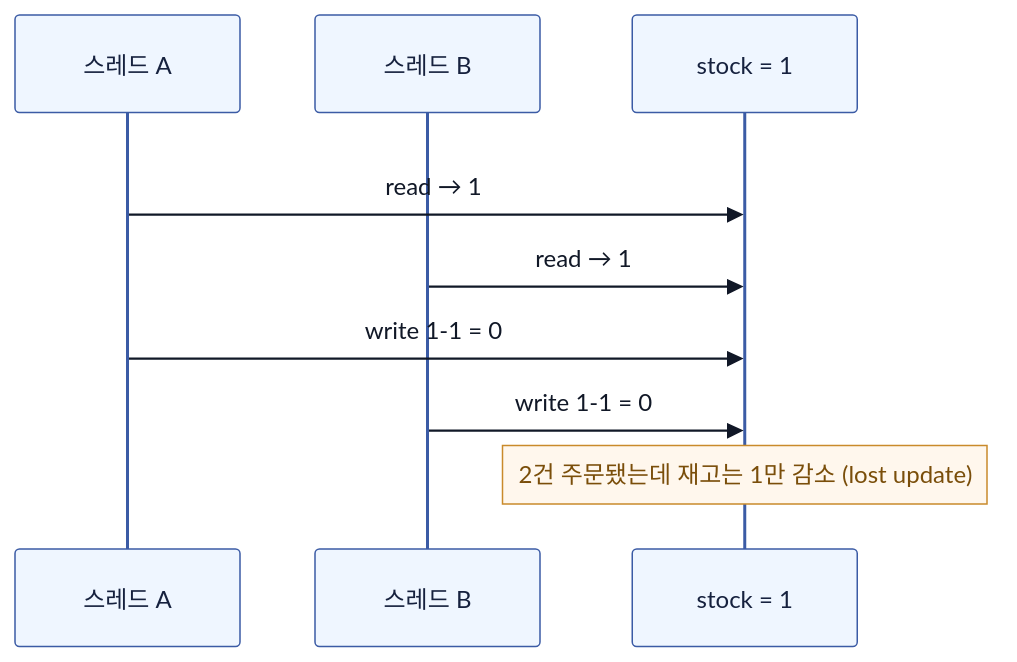
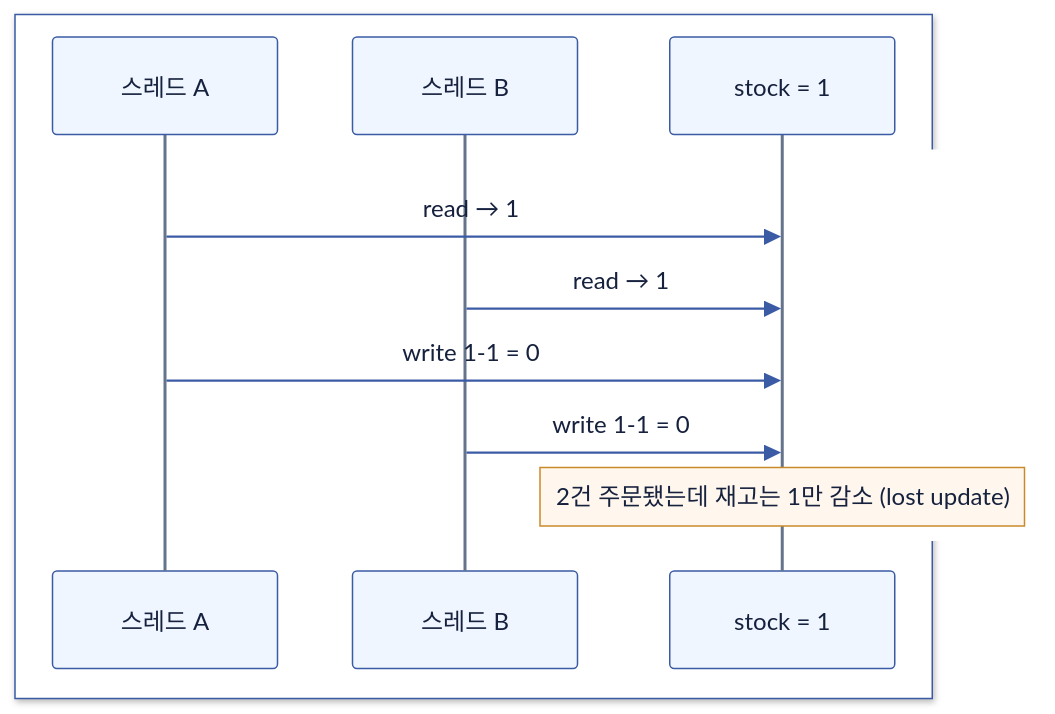
One commit to Hyune-s-lab/my-ai-study changed the first of 3 diagrams in computer-science/2607-race-condition.md. Above: the diagram before and after it, drawn with Mermaid. The commit also changed other lines of this file and 28 other files, not shown here.

Commit message:
docs: Mermaid 호환성과 문서 가독성 개선

````diff
--- a/computer-science/2607-race-condition.md
+++ b/computer-science/2607-race-condition.md
@@ -8,31 +8,16 @@
 ```mermaid
----
-config:
-  theme: base
-  darkMode: false
-  themeVariables:
-    background: "#ffffff"
-    primaryColor: "#ffffff"
-    primaryTextColor: "#111827"
-    primaryBorderColor: "#475569"
-    lineColor: "#334155"
-    edgeLabelBackground: "#ffffff"
-    noteBkgColor: "#FFF7ED"
-    noteTextColor: "#7A4E0A"
-    noteBorderColor: "#C98A2B"
-    actorBkg: "#EFF6FF"
-    actorBorder: "#3B5BA5"
-    actorTextColor: "#16213E"
----
 sequenceDiagram
-    rect rgb(255, 255, 255)
+%%{init: {"theme": "base", "darkMode": false, "themeVariables": {"background": "#ffffff", "primaryColor": "#EFF6FF", "primaryTextColor": "#16213E", "primaryBorderColor": "#3B5BA5", "secondaryColor": "#F0FDF4", "tertiaryColor": "#FAF5FF", "lineColor": "#3B5BA5", "textColor": "#16213E", "edgeLabelBackground": "#ffffff", "actorBkg": "#EFF6FF", "actorBorder": "#3B5BA5", "actorTextColor": "#16213E", "signalColor": "#3B5BA5", "signalTextColor": "#16213E", "noteBkgColor": "#FFF7ED", "noteBorderColor": "#C98A2B", "noteTextColor": "#16213E", "labelBoxBkgColor": "#EFF6FF", "labelTextColor": "#16213E", "loopTextColor": "#16213E", "actorLineColor": "#64748B", "labelBoxBorderColor": "#3B5BA5"}}}%%
+  box rgb(255, 255, 255)
     participant A as 스레드 A
     participant B as 스레드 B
     participant S as stock = 1
+  end
+  rect rgb(255, 255, 255)
     A->>S: read → 1
     B->>S: read → 1
     A->>S: write 1-1 = 0
     B->>S: write 1-1 = 0
     Note over S: 2건 주문됐는데 재고는 1만 감소 (lost update)
-    end
+  end
 ```
````
